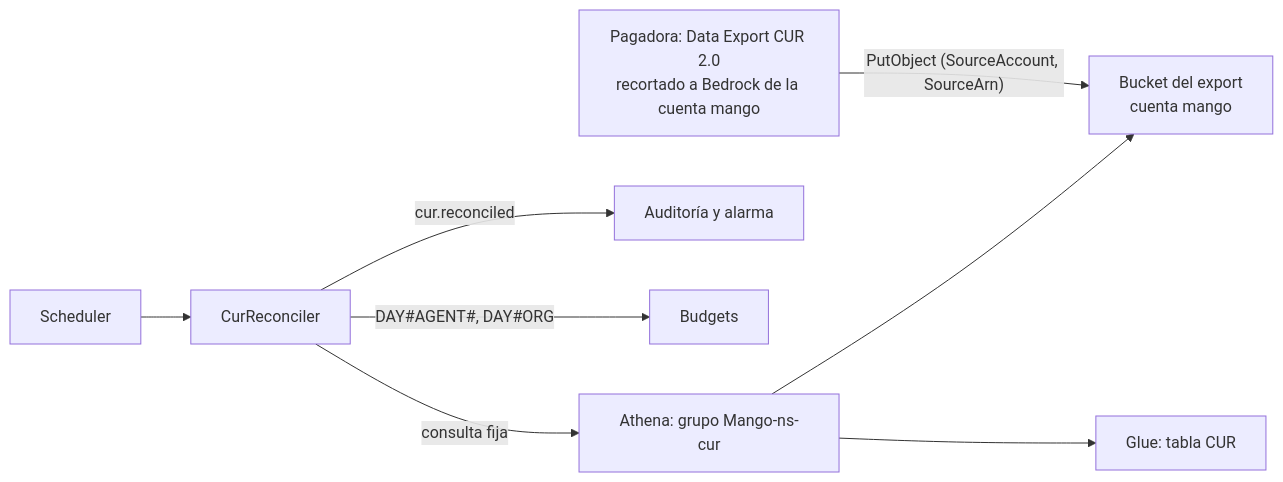
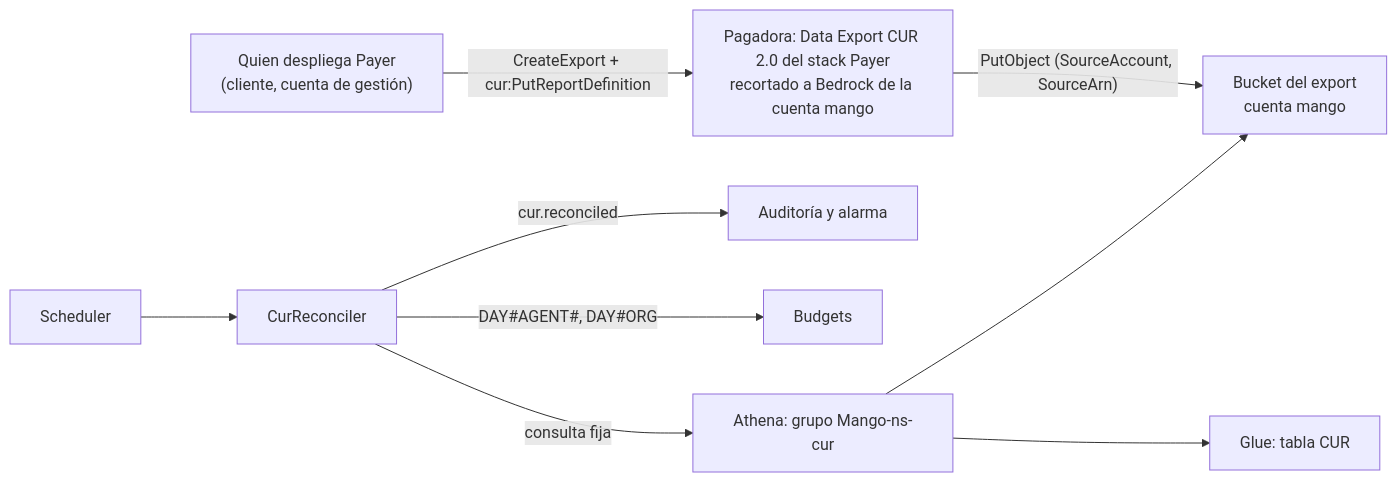
One commit to jhonmezaa/mango changed the diagram in docs/security/threat-models/cur-reconciliation-threat-model.md. Above: the diagram before and after it, drawn with Mermaid. The commit also changed other lines of this file and 9 other files, not shown here.

First line of the commit message:
feat: create the D104 CUR 2.0 export from the Payer stack

````diff
--- a/docs/security/threat-models/cur-reconciliation-threat-model.md
+++ b/docs/security/threat-models/cur-reconciliation-threat-model.md
@@ -68,10 +70,11 @@
 ```mermaid
 flowchart LR
-  P["Pagadora: Data Export CUR 2.0<br/>recortado a Bedrock de la cuenta mango"] -->|"PutObject (SourceAccount, SourceArn)"| B["Bucket del export<br/>cuenta mango"]
+  I["Quien despliega Payer<br/>(cliente, cuenta de gestión)"] -->|"CreateExport + cur:PutReportDefinition"| P
+  P["Pagadora: Data Export CUR 2.0 del stack Payer<br/>recortado a Bedrock de la cuenta mango"] -->|"PutObject (SourceAccount, SourceArn)"| B["Bucket del export<br/>cuenta mango"]
   S["Scheduler"] --> F["CurReconciler"]
   F -->|"consulta fija"| A["Athena: grupo Mango-ns-cur"]
   A --> G["Glue: tabla CUR"]
   A --> B
   F -->|"DAY#AGENT#, DAY#ORG"| D["Budgets"]
   F -->|"cur.reconciled"| L["Auditoría y alarma"]
 ```
````
